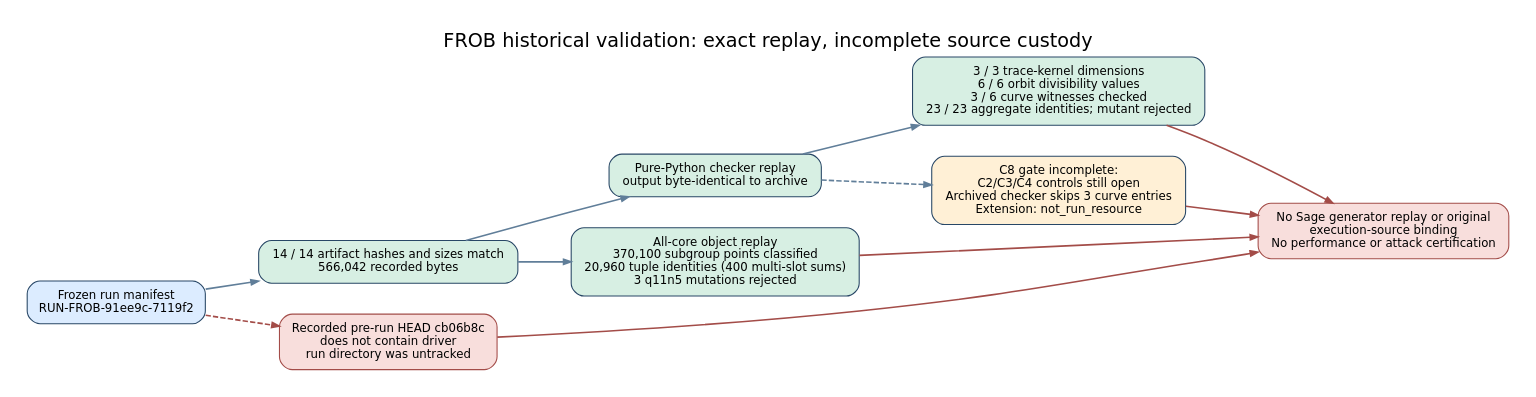
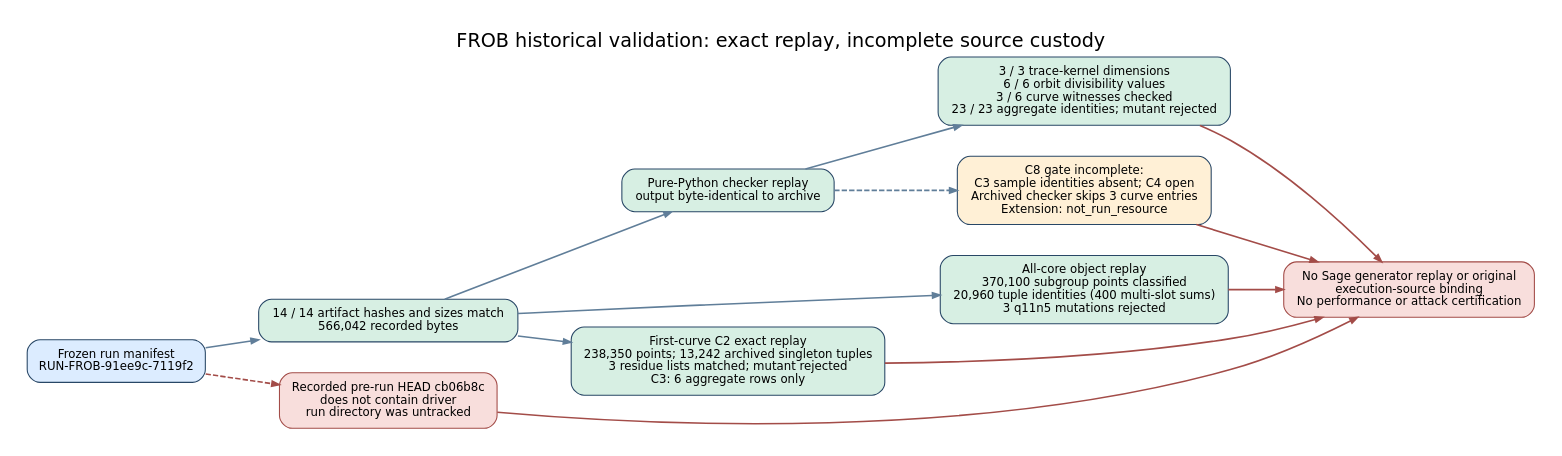
The diagram in docs/reports/2026-10-22-frob-provenance-audit/audit.dot (aburan28/crypto-autoresearcher), drawn with Graphviz before and after one commit. The commit also changed 10 other files, not shown here.

Commit message:
replay frozen FROB C2 controls and bound C3 aggregates

```diff
--- a/docs/reports/2026-10-22-frob-provenance-audit/audit.dot
+++ b/docs/reports/2026-10-22-frob-provenance-audit/audit.dot
@@ -1,20 +1,22 @@
 digraph frob_audit {
   graph [rankdir=LR, bgcolor="white", pad="0.25", nodesep="0.4", ranksep="0.7", fontname="DejaVu Sans", fontsize=18, label="FROB historical validation: exact replay, incomplete source custody", labelloc=t];
   node [shape=box, style="rounded,filled", color="#284766", fillcolor="#e7f1fb", fontname="DejaVu Sans", fontsize=11, margin="0.16,0.11"];
   edge [color="#607e99", penwidth=1.5, arrowsize=0.7];
 
   manifest [label="Frozen run manifest\nRUN-FROB-91ee9c-7119f2", fillcolor="#dcecff"];
   artifacts [label="14 / 14 artifact hashes and sizes match\n566,042 recorded bytes", fillcolor="#d7efe3"];
   checker [label="Pure-Python checker replay\noutput byte-identical to archive", fillcolor="#d7efe3"];
   checked [label="3 / 3 trace-kernel dimensions\n6 / 6 orbit divisibility values\n3 / 6 curve witnesses checked\n23 / 23 aggregate identities; mutant rejected", fillcolor="#d7efe3"];
   core [label="All-core object replay\n370,100 subgroup points classified\n20,960 tuple identities (400 multi-slot sums)\n3 q11n5 mutations rejected", fillcolor="#d7efe3"];
-  partial [label="C8 gate incomplete:\nC2/C3/C4 controls still open\nArchived checker skips 3 curve entries\nExtension: not_run_resource", fillcolor="#fff0d6"];
+  controls [label="First-curve C2 exact replay\n238,350 points; 13,242 archived singleton tuples\n3 residue lists matched; mutant rejected\nC3: 6 aggregate rows only", fillcolor="#d7efe3"];
+  partial [label="C8 gate incomplete:\nC3 sample identities absent; C4 open\nArchived checker skips 3 curve entries\nExtension: not_run_resource", fillcolor="#fff0d6"];
   source [label="Recorded pre-run HEAD cb06b8c\ndoes not contain driver\nrun directory was untracked", fillcolor="#f8dedc", color="#a34c48"];
   boundary [label="No Sage generator replay or original\nexecution-source binding\nNo performance or attack certification", fillcolor="#f8dedc", color="#a34c48"];
 
   manifest -> artifacts -> checker -> checked;
   artifacts -> core;
+  artifacts -> controls;
   checker -> partial [style=dashed];
   manifest -> source [style=dashed, color="#a34c48"];
-  {checked core partial source} -> boundary [color="#a34c48"];
+  {checked core controls partial source} -> boundary [color="#a34c48"];
 }
```
